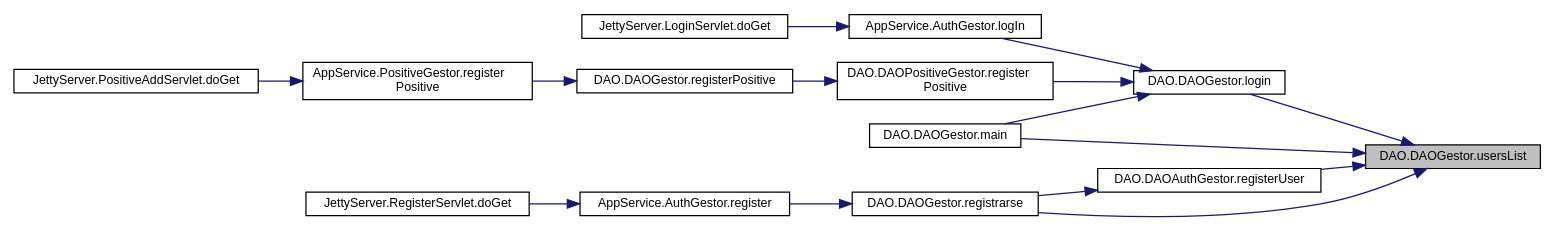
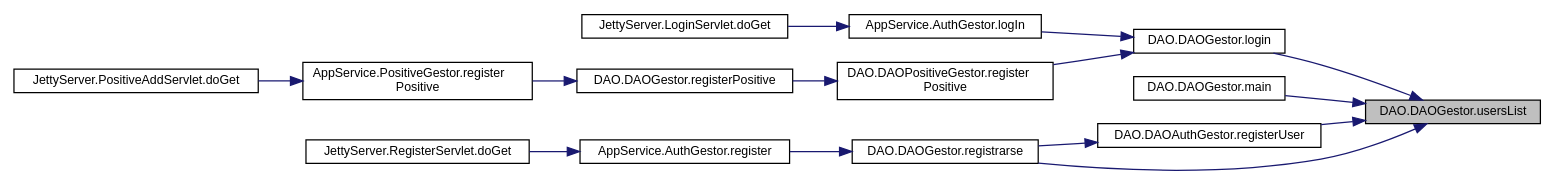
Before and after one commit to enekoatxa/RadarCovid: the diagram in docs/class_d_a_o_1_1_d_a_o_gestor_a9b1457f088f46740726042ccf4e657cf_icgraph.dot, drawn with Graphviz. The commit also changed 281 other files, not shown here.

```diff
--- a/docs/class_d_a_o_1_1_d_a_o_gestor_a9b1457f088f46740726042ccf4e657cf_icgraph.dot
+++ b/docs/class_d_a_o_1_1_d_a_o_gestor_a9b1457f088f46740726042ccf4e657cf_icgraph.dot
@@ -1,34 +1,33 @@
 digraph "DAO.DAOGestor.usersList"
 {
  // LATEX_PDF_SIZE
   edge [fontname="Helvetica",fontsize="10",labelfontname="Helvetica",labelfontsize="10"];
   node [fontname="Helvetica",fontsize="10",shape=record];
   rankdir="RL";
   Node1 [label="DAO.DAOGestor.usersList",height=0.2,width=0.4,color="black", fillcolor="grey75", style="filled", fontcolor="black",tooltip=" "];
   Node1 -> Node2 [dir="back",color="midnightblue",fontsize="10",style="solid",fontname="Helvetica"];
   Node2 [label="DAO.DAOGestor.login",height=0.2,width=0.4,color="black", fillcolor="white", style="filled",URL="$class_d_a_o_1_1_d_a_o_gestor.html#ab819ad89aafa47a3cdb8c5db56962895",tooltip=" "];
   Node2 -> Node3 [dir="back",color="midnightblue",fontsize="10",style="solid",fontname="Helvetica"];
   Node3 [label="AppService.AuthGestor.logIn",height=0.2,width=0.4,color="black", fillcolor="white", style="filled",URL="$class_app_service_1_1_auth_gestor.html#aeafd43b974741a663c41ffcbb3accaf9",tooltip=" "];
   Node3 -> Node4 [dir="back",color="midnightblue",fontsize="10",style="solid",fontname="Helvetica"];
   Node4 [label="JettyServer.LoginServlet.doGet",height=0.2,width=0.4,color="black", fillcolor="white", style="filled",URL="$class_jetty_server_1_1_login_servlet.html#a1b41970a65fe867dfe40f80b4ccea338",tooltip=" "];
   Node2 -> Node5 [dir="back",color="midnightblue",fontsize="10",style="solid",fontname="Helvetica"];
-  Node5 [label="DAO.DAOGestor.main",height=0.2,width=0.4,color="black", fillcolor="white", style="filled",URL="$class_d_a_o_1_1_d_a_o_gestor.html#a418601ed26da405dd755a8b193aa9d70",tooltip=" "];
-  Node2 -> Node6 [dir="back",color="midnightblue",fontsize="10",style="solid",fontname="Helvetica"];
-  Node6 [label="DAO.DAOPositiveGestor.register\lPositive",height=0.2,width=0.4,color="black", fillcolor="white", style="filled",URL="$class_d_a_o_1_1_d_a_o_positive_gestor.html#a5602d2f32fec0dd9f222402f8b1ad48e",tooltip=" "];
+  Node5 [label="DAO.DAOPositiveGestor.register\lPositive",height=0.2,width=0.4,color="black", fillcolor="white", style="filled",URL="$class_d_a_o_1_1_d_a_o_positive_gestor.html#a5602d2f32fec0dd9f222402f8b1ad48e",tooltip=" "];
+  Node5 -> Node6 [dir="back",color="midnightblue",fontsize="10",style="solid",fontname="Helvetica"];
+  Node6 [label="DAO.DAOGestor.registerPositive",height=0.2,width=0.4,color="black", fillcolor="white", style="filled",URL="$class_d_a_o_1_1_d_a_o_gestor.html#a6ea0f06fc24dd013578351ec8e0302fd",tooltip=" "];
   Node6 -> Node7 [dir="back",color="midnightblue",fontsize="10",style="solid",fontname="Helvetica"];
-  Node7 [label="DAO.DAOGestor.registerPositive",height=0.2,width=0.4,color="black", fillcolor="white", style="filled",URL="$class_d_a_o_1_1_d_a_o_gestor.html#a6ea0f06fc24dd013578351ec8e0302fd",tooltip=" "];
+  Node7 [label="AppService.PositiveGestor.register\lPositive",height=0.2,width=0.4,color="black", fillcolor="white", style="filled",URL="$class_app_service_1_1_positive_gestor.html#a06e5a688499ef9d8dd92cb524f846e1e",tooltip=" "];
   Node7 -> Node8 [dir="back",color="midnightblue",fontsize="10",style="solid",fontname="Helvetica"];
-  Node8 [label="AppService.PositiveGestor.register\lPositive",height=0.2,width=0.4,color="black", fillcolor="white", style="filled",URL="$class_app_service_1_1_positive_gestor.html#a06e5a688499ef9d8dd92cb524f846e1e",tooltip=" "];
-  Node8 -> Node9 [dir="back",color="midnightblue",fontsize="10",style="solid",fontname="Helvetica"];
-  Node9 [label="JettyServer.PositiveAddServlet.doGet",height=0.2,width=0.4,color="black", fillcolor="white", style="filled",URL="$class_jetty_server_1_1_positive_add_servlet.html#aa97237f9c84de6958b9bf679d3b0211f",tooltip=" "];
-  Node1 -> Node5 [dir="back",color="midnightblue",fontsize="10",style="solid",fontname="Helvetica"];
+  Node8 [label="JettyServer.PositiveAddServlet.doGet",height=0.2,width=0.4,color="black", fillcolor="white", style="filled",URL="$class_jetty_server_1_1_positive_add_servlet.html#aa97237f9c84de6958b9bf679d3b0211f",tooltip=" "];
+  Node1 -> Node9 [dir="back",color="midnightblue",fontsize="10",style="solid",fontname="Helvetica"];
+  Node9 [label="DAO.DAOGestor.main",height=0.2,width=0.4,color="black", fillcolor="white", style="filled",URL="$class_d_a_o_1_1_d_a_o_gestor.html#a418601ed26da405dd755a8b193aa9d70",tooltip=" "];
   Node1 -> Node10 [dir="back",color="midnightblue",fontsize="10",style="solid",fontname="Helvetica"];
   Node10 [label="DAO.DAOAuthGestor.registerUser",height=0.2,width=0.4,color="black", fillcolor="white", style="filled",URL="$class_d_a_o_1_1_d_a_o_auth_gestor.html#a369612d1e5e4be434ca6fb60caef0df7",tooltip=" "];
   Node10 -> Node11 [dir="back",color="midnightblue",fontsize="10",style="solid",fontname="Helvetica"];
   Node11 [label="DAO.DAOGestor.registrarse",height=0.2,width=0.4,color="black", fillcolor="white", style="filled",URL="$class_d_a_o_1_1_d_a_o_gestor.html#af8006450bc0ccbcd0a98a310062b6565",tooltip=" "];
   Node11 -> Node12 [dir="back",color="midnightblue",fontsize="10",style="solid",fontname="Helvetica"];
   Node12 [label="AppService.AuthGestor.register",height=0.2,width=0.4,color="black", fillcolor="white", style="filled",URL="$class_app_service_1_1_auth_gestor.html#a5308a024c1e22f27e463c0987b00b9dd",tooltip=" "];
   Node12 -> Node13 [dir="back",color="midnightblue",fontsize="10",style="solid",fontname="Helvetica"];
   Node13 [label="JettyServer.RegisterServlet.doGet",height=0.2,width=0.4,color="black", fillcolor="white", style="filled",URL="$class_jetty_server_1_1_register_servlet.html#ab03335b5154d4e8ac1ca4797147e9d00",tooltip=" "];
   Node1 -> Node11 [dir="back",color="midnightblue",fontsize="10",style="solid",fontname="Helvetica"];
 }
```
